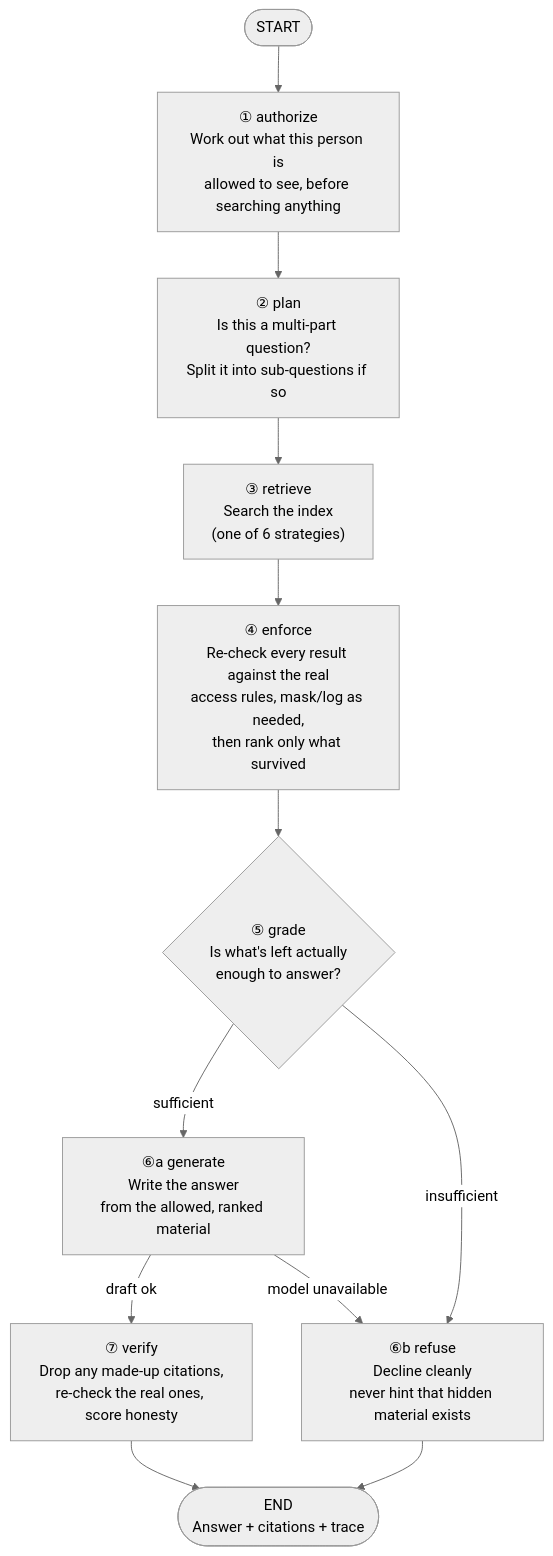
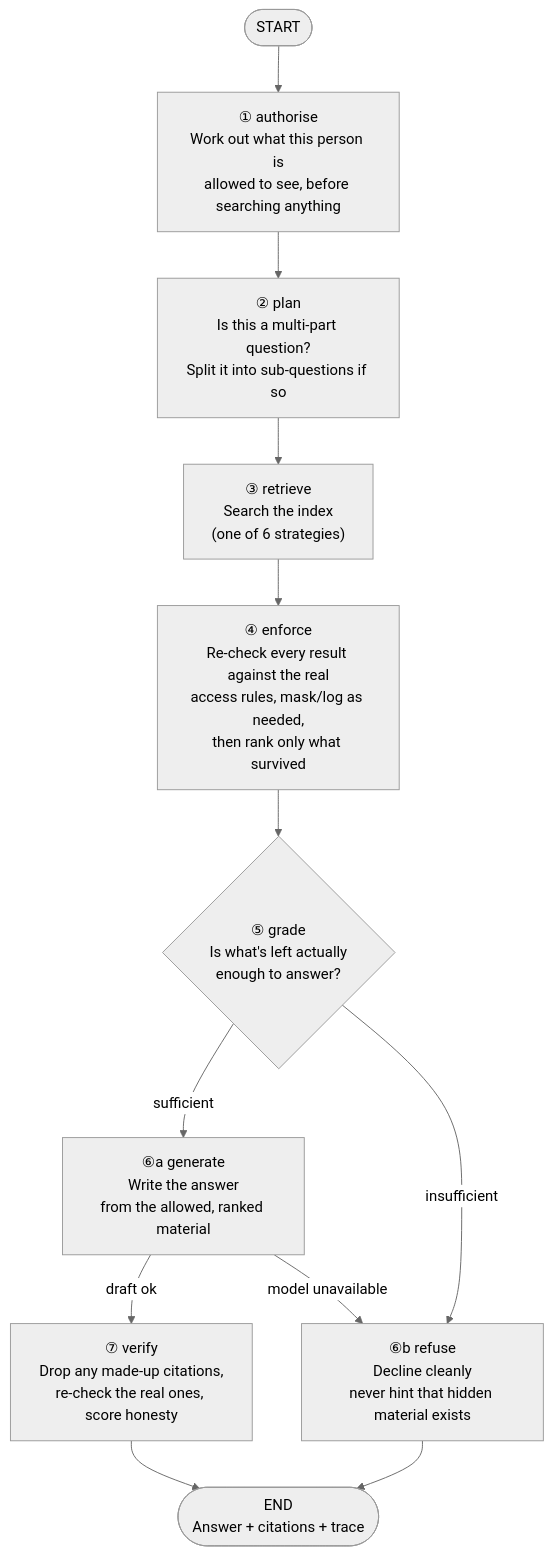
One commit to Sourav692/Forward-Deployed-Engineer-Interview-Prep changed the diagram in site/content/learn/production-ai/enterprise-rag-in-production/the-security-first-query-graph.md. Above: the diagram before and after it, drawn with Mermaid (neutral theme). The commit also changed 191 other files, not shown here.

First line of the commit message:
content: British spellings inside diagrams (AF-06)

````diff
--- a/site/content/learn/production-ai/enterprise-rag-in-production/the-security-first-query-graph.md
+++ b/site/content/learn/production-ai/enterprise-rag-in-production/the-security-first-query-graph.md
@@ -19,20 +19,20 @@
 ```mermaid
 flowchart TB
     START(["START"]) --> N1
-    N1["① authorize\nWork out what this person is\nallowed to see, before searching anything"]
+    N1["① authorise\nWork out what this person is\nallowed to see, before searching anything"]
     N2["② plan\nIs this a multi-part question?\nSplit it into sub-questions if so"]
     N3["③ retrieve\nSearch the index\n(one of 6 strategies)"]
     N4["④ enforce\nRe-check every result against the real\naccess rules, mask/log as needed,\nthen rank only what survived"]
     N5{"⑤ grade\nIs what's left actually\nenough to answer?"}
     N6["⑥a generate\nWrite the answer\nfrom the allowed, ranked material"]
     N7["⑥b refuse\nDecline cleanly\nnever hint that hidden material exists"]
     N8["⑦ verify\nDrop any made-up citations,\nre-check the real ones, score honesty"]
     END(["END\nAnswer + citations + trace"])
     N1 --> N2 --> N3 --> N4 --> N5
     N5 -- sufficient --> N6
     N5 -- insufficient --> N7
     N6 -- draft ok --> N8
     N6 -- model unavailable --> N7
     N8 --> END
     N7 --> END
 ```
````
